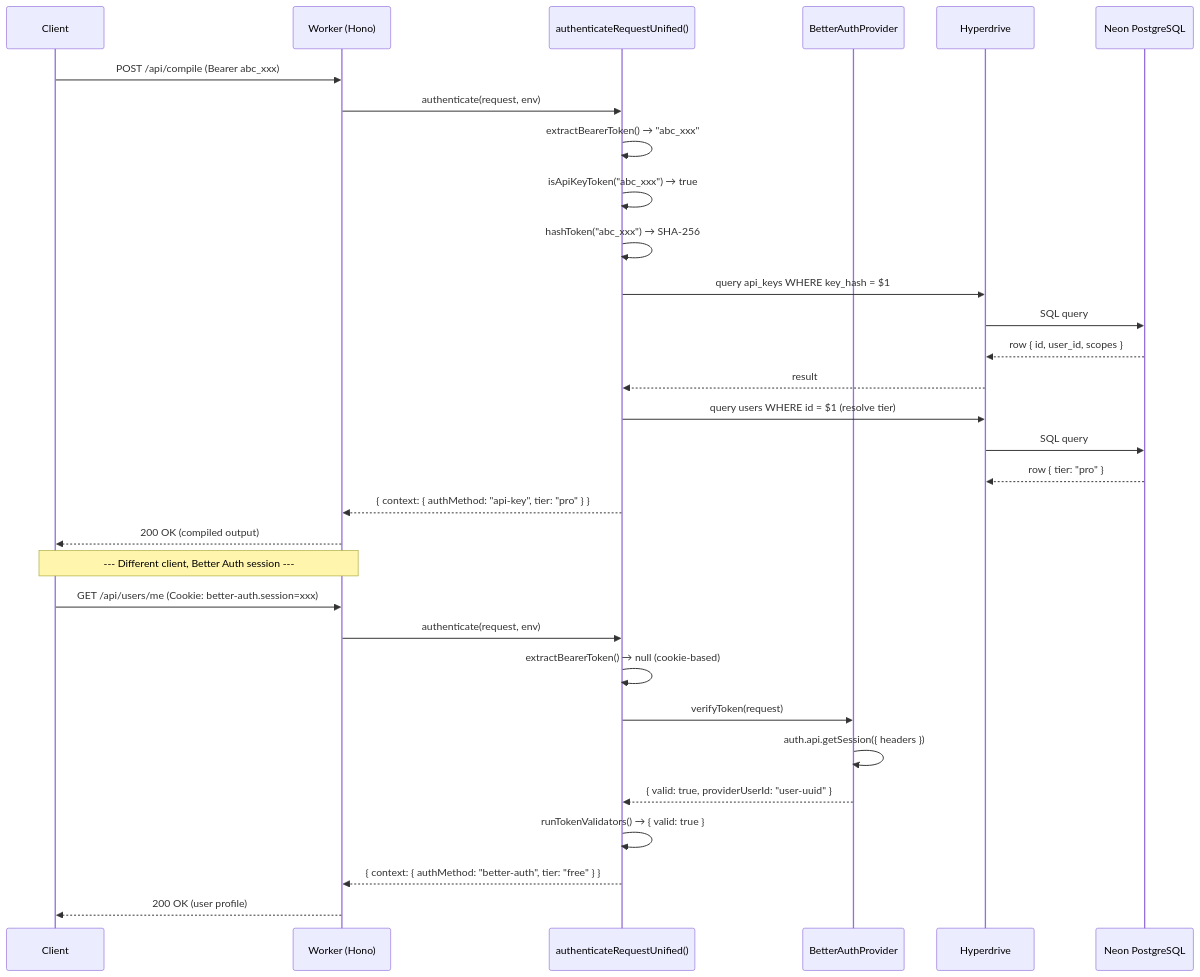
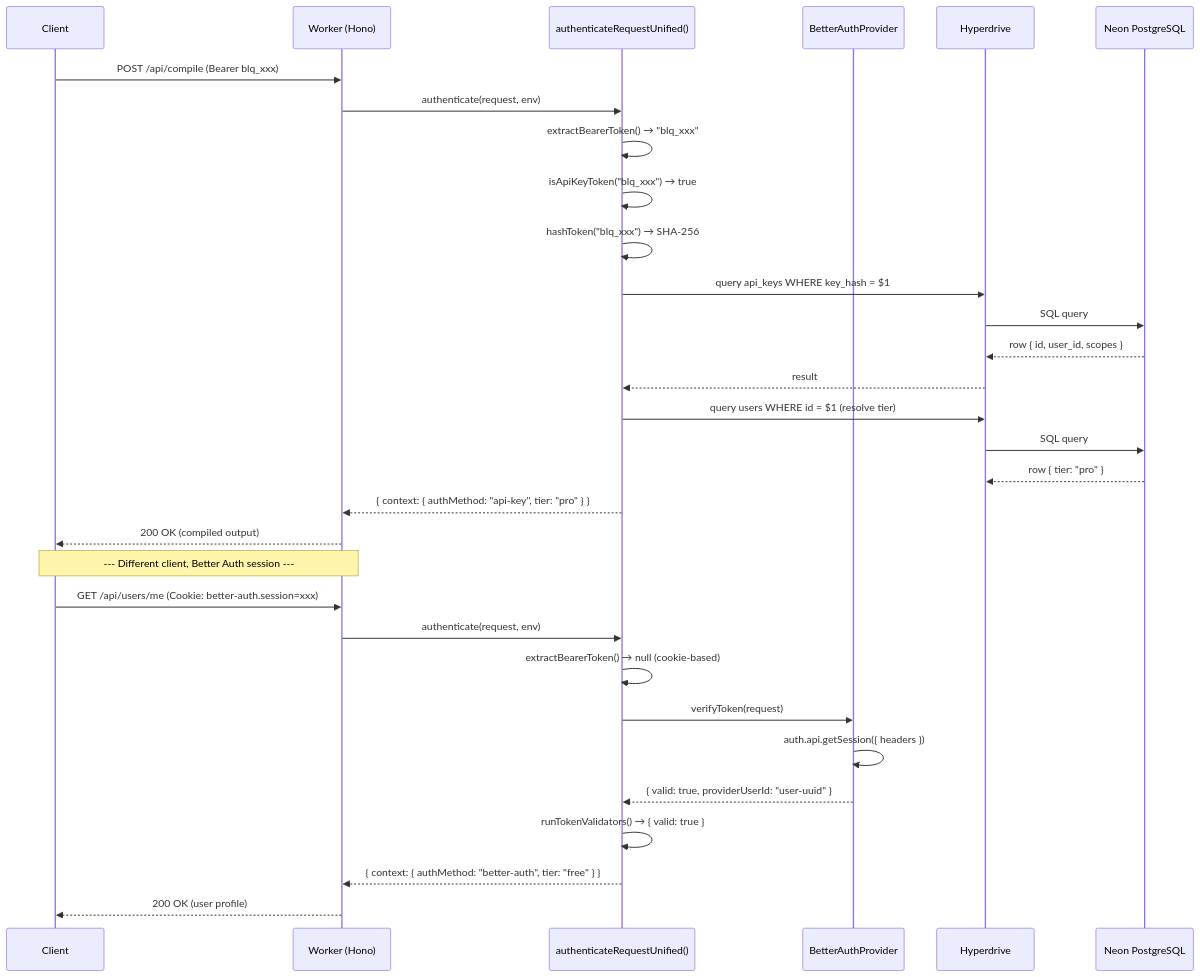
One commit to jaypatrick/adblock-compiler changed the second of 3 diagrams in docs/auth/auth-chain-reference.md. Above: the diagram before and after it, drawn with Mermaid. The commit also changed other lines of this file and 17 other files, not shown here.

First line of the commit message:
feat(api-keys): rename API key prefix `abc_` → `blq_` with dual-prefix backwards compatibility (#1704)

````diff
--- a/docs/auth/auth-chain-reference.md
+++ b/docs/auth/auth-chain-reference.md
@@ -81,36 +81,36 @@
 ```mermaid
 sequenceDiagram
     participant C as Client
     participant W as Worker (Hono)
     participant AM as authenticateRequestUnified()
     participant BA as BetterAuthProvider
     participant HD as Hyperdrive
     participant DB as Neon PostgreSQL
 
-    C->>W: POST /api/compile (Bearer abc_xxx)
+    C->>W: POST /api/compile (Bearer blq_xxx)
     W->>AM: authenticate(request, env)
-    AM->>AM: extractBearerToken() → "abc_xxx"
-    AM->>AM: isApiKeyToken("abc_xxx") → true
-    AM->>AM: hashToken("abc_xxx") → SHA-256
+    AM->>AM: extractBearerToken() → "blq_xxx"
+    AM->>AM: isApiKeyToken("blq_xxx") → true
+    AM->>AM: hashToken("blq_xxx") → SHA-256
     AM->>HD: query api_keys WHERE key_hash = $1
     HD->>DB: SQL query
     DB-->>HD: row { id, user_id, scopes }
     HD-->>AM: result
     AM->>HD: query users WHERE id = $1 (resolve tier)
     HD->>DB: SQL query
     DB-->>HD: row { tier: "pro" }
     AM-->>W: { context: { authMethod: "api-key", tier: "pro" } }
     W-->>C: 200 OK (compiled output)
 
     Note over C,W: --- Different client, Better Auth session ---
 
     C->>W: GET /api/users/me (Cookie: better-auth.session=xxx)
     W->>AM: authenticate(request, env)
     AM->>AM: extractBearerToken() → null (cookie-based)
     AM->>BA: verifyToken(request)
     BA->>BA: auth.api.getSession({ headers })
     BA-->>AM: { valid: true, providerUserId: "user-uuid" }
     AM->>AM: runTokenValidators() → { valid: true }
     AM-->>W: { context: { authMethod: "better-auth", tier: "free" } }
     W-->>C: 200 OK (user profile)
 ```
````
